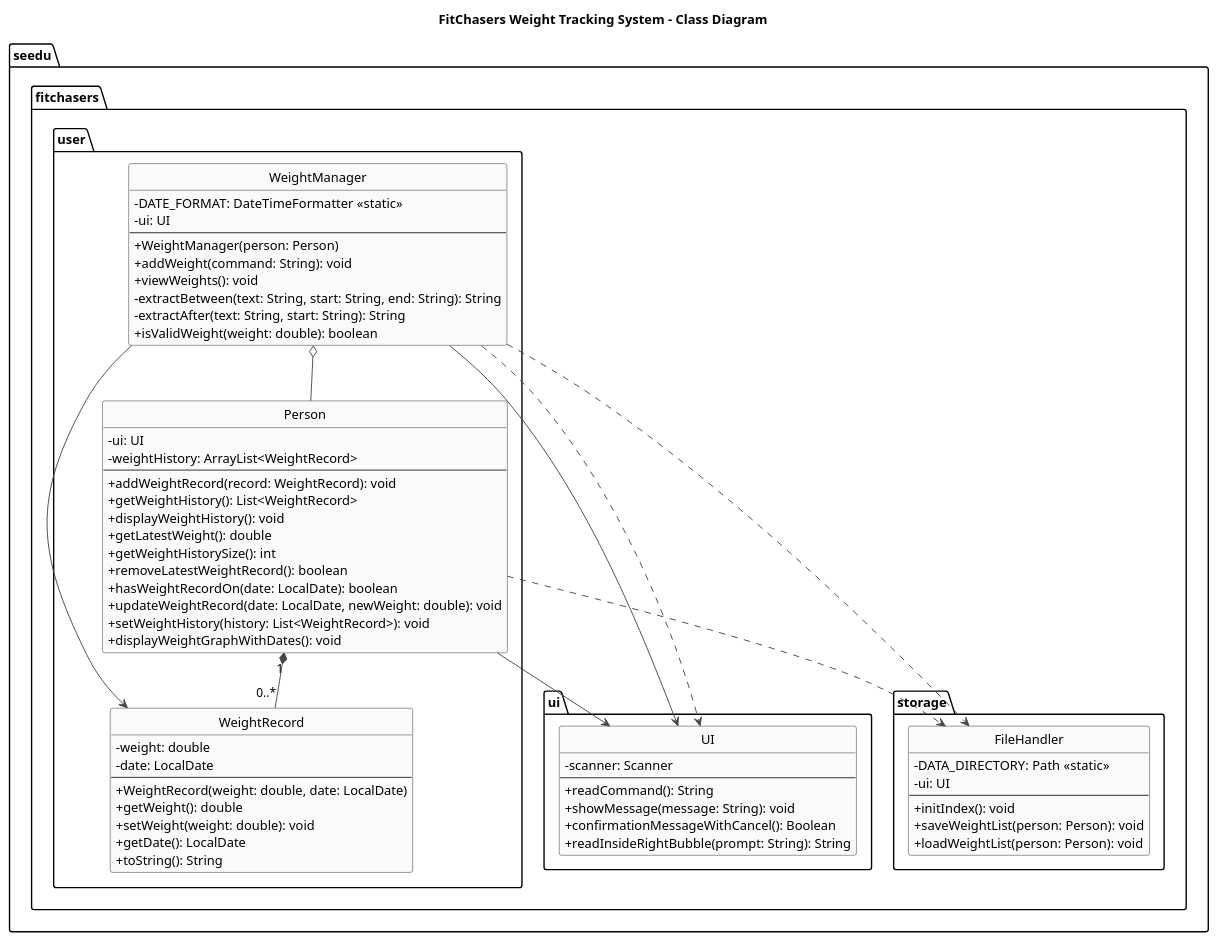
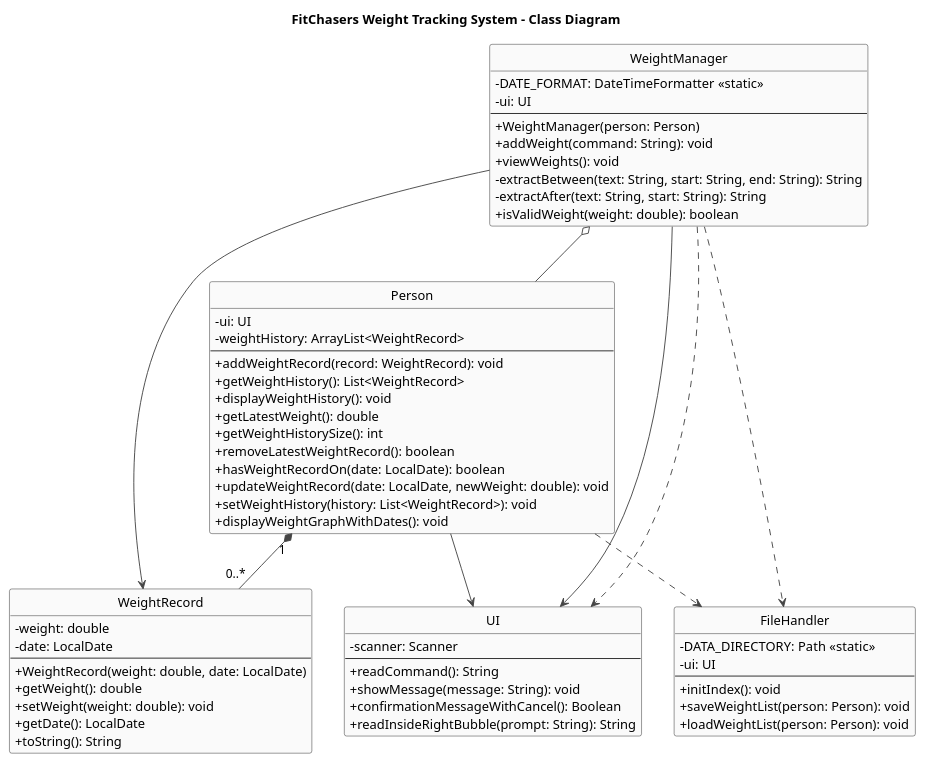
The diagram in docs/diagrams/WeightManager_Class_Diagram.puml (Exceptional-Khoi/tp), drawn with PlantUML before and after one commit. The commit also changed 15 other files, not shown here.

```diff
--- a/docs/diagrams/WeightManager_Class_Diagram.puml
+++ b/docs/diagrams/WeightManager_Class_Diagram.puml
@@ -1,94 +1,85 @@
 @startuml
 title FitChasers Weight Tracking System - Class Diagram
 skinparam shadowing false
 skinparam classAttributeIconSize 0
 skinparam ArrowColor #444
 skinparam ClassBorderColor #222
 skinparam ClassBackgroundColor #FAFAFA
 
 hide circle
 hide stereotype
 
-' ============== PACKAGE: seedu.fitchasers.user ==============
-package "seedu.fitchasers.user" {
-  class WeightManager {
-    -DATE_FORMAT: DateTimeFormatter <<static>>
-    -ui: UI
-    --
-    +WeightManager(person: Person)
-    +addWeight(command: String): void
-    +viewWeights(): void
-    -extractBetween(text: String, start: String, end: String): String
-    -extractAfter(text: String, start: String): String
-    +isValidWeight(weight: double): boolean
-  }
-
-  class Person {
-    -ui: UI
-    -weightHistory: ArrayList<WeightRecord>
-    --
-    +addWeightRecord(record: WeightRecord): void
-    +getWeightHistory(): List<WeightRecord>
-    +displayWeightHistory(): void
-    +getLatestWeight(): double
-    +getWeightHistorySize(): int
-    +removeLatestWeightRecord(): boolean
-    +hasWeightRecordOn(date: LocalDate): boolean
-    +updateWeightRecord(date: LocalDate, newWeight: double): void
-    +setWeightHistory(history: List<WeightRecord>): void
-    +displayWeightGraphWithDates(): void
-  }
-
-  class WeightRecord {
-    -weight: double
-    -date: LocalDate
-    --
-    +WeightRecord(weight: double, date: LocalDate)
-    +getWeight(): double
-    +setWeight(weight: double): void
-    +getDate(): LocalDate
-    +toString(): String
-  }
+class WeightManager {
+-DATE_FORMAT: DateTimeFormatter <<static>>
+-ui: UI
+--
++WeightManager(person: Person)
++addWeight(command: String): void
++viewWeights(): void
+-extractBetween(text: String, start: String, end: String): String
+-extractAfter(text: String, start: String): String
++isValidWeight(weight: double): boolean
 }
 
-' ============== PACKAGE: seedu.fitchasers.ui ==============
-package "seedu.fitchasers.ui" {
-  class UI {
-    -scanner: Scanner
-    --
-    +readCommand(): String
-    +showMessage(message: String): void
-    +confirmationMessageWithCancel(): Boolean
-    +readInsideRightBubble(prompt: String): String
-  }
+class Person {
+-ui: UI
+-weightHistory: ArrayList<WeightRecord>
+--
++addWeightRecord(record: WeightRecord): void
++getWeightHistory(): List<WeightRecord>
++displayWeightHistory(): void
++getLatestWeight(): double
++getWeightHistorySize(): int
++removeLatestWeightRecord(): boolean
++hasWeightRecordOn(date: LocalDate): boolean
++updateWeightRecord(date: LocalDate, newWeight: double): void
++setWeightHistory(history: List<WeightRecord>): void
++displayWeightGraphWithDates(): void
 }
 
-' ============== PACKAGE: seedu.fitchasers.storage ==============
-package "seedu.fitchasers.storage" {
-  class FileHandler {
-    -DATA_DIRECTORY: Path <<static>>
-    -ui: UI
-    --
-    +initIndex(): void
-    +saveWeightList(person: Person): void
-    +loadWeightList(person: Person): void
-  }
+class WeightRecord {
+-weight: double
+-date: LocalDate
+--
++WeightRecord(weight: double, date: LocalDate)
++getWeight(): double
++setWeight(weight: double): void
++getDate(): LocalDate
++toString(): String
+}
+
+class UI {
+-scanner: Scanner
+--
++readCommand(): String
++showMessage(message: String): void
++confirmationMessageWithCancel(): Boolean
++readInsideRightBubble(prompt: String): String
+}
+
+class FileHandler {
+-DATA_DIRECTORY: Path <<static>>
+-ui: UI
+--
++initIndex(): void
++saveWeightList(person: Person): void
++loadWeightList(person: Person): void
 }
 
 ' ============== RELATIONSHIPS ==============
 ' Composition
 Person "1" *-- "0..*" WeightRecord
 
 ' Aggregation / Dependency
 WeightManager o-- Person
 WeightManager --> UI
 Person --> UI
 
 WeightManager ..> FileHandler
 Person ..> FileHandler
 
 ' Method calls
 WeightManager --> WeightRecord
 WeightManager ..> UI
 
 @enduml
```
